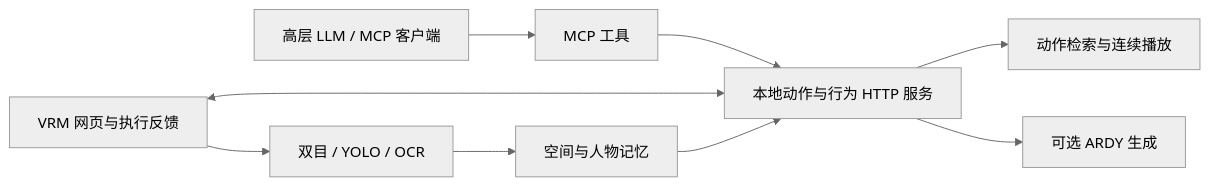
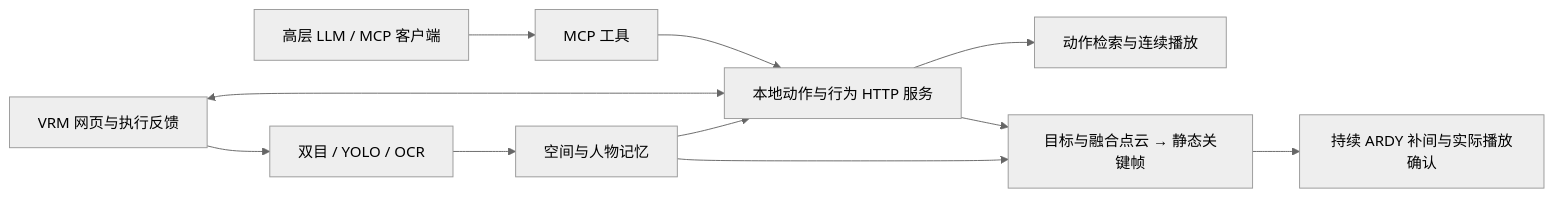
One commit to zxcAsD01-d/Roamind changed the diagram in README.md. Above: the diagram before and after it, drawn with Mermaid (neutral theme). The commit also changed other lines of this file and 27 other files, not shown here.

````diff
--- a/README.md
+++ b/README.md
@@ -7,11 +7,13 @@
 ```mermaid
 flowchart LR
   L[高层 LLM / MCP 客户端] --> M[MCP 工具]
   M --> S[本地动作与行为 HTTP 服务]
   W[VRM 网页与执行反馈] <--> S
   W --> V[双目 / YOLO / OCR]
   V --> B[空间与人物记忆]
   B --> S
   S --> T[动作检索与连续播放]
-  S --> A[可选 ARDY 生成]
+  B --> K[目标与融合点云 → 静态关键帧]
+  S --> K
+  K --> A[持续 ARDY 补间与实际播放确认]
 ```
````
